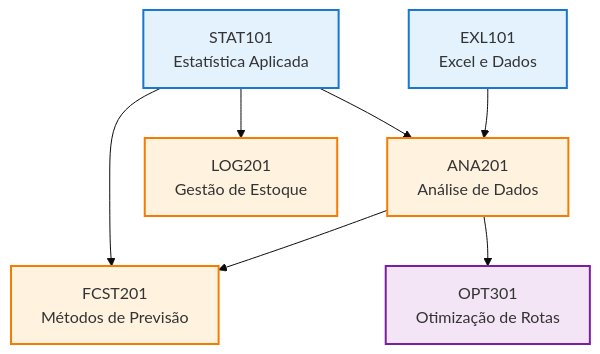
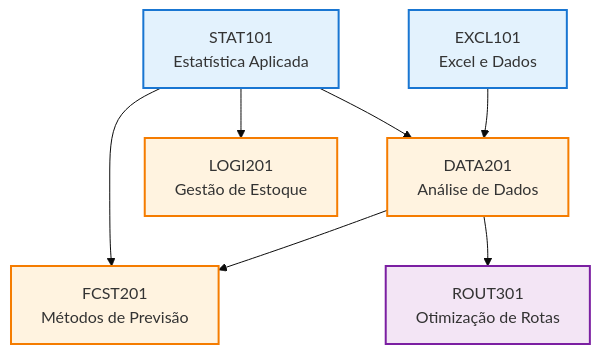
Before and after one commit to IEFA-FAB/iefa-classes: the diagram in content/docs/cpaint/previsao-demanda/index.mdx, drawn with Mermaid (base theme). The commit also changed other lines of this file and 25 other files, not shown here.

````diff
--- a/content/docs/cpaint/previsao-demanda/index.mdx
+++ b/content/docs/cpaint/previsao-demanda/index.mdx
@@ -114,34 +114,34 @@
 ```mermaid
 flowchart TD
     %% Nível 100
-    EXL101["EXL101<br/>Excel e Dados"]
+    EXCL101["EXCL101<br/>Excel e Dados"]
     STAT101["STAT101<br/>Estatística Aplicada"]
     
     %% Nível 200
-    ANA201["ANA201<br/>Análise de Dados"]
-    LOG201["LOG201<br/>Gestão de Estoque"]
+    DATA201["DATA201<br/>Análise de Dados"]
+    LOGI201["LOGI201<br/>Gestão de Estoque"]
     FCST201["FCST201<br/>Métodos de Previsão"]
     
     %% Nível 300
-    OPT301["OPT301<br/>Otimização de Rotas"]
+    ROUT301["ROUT301<br/>Otimização de Rotas"]
     
     %% Pré-requisitos
-    STAT101 --> ANA201
-    EXL101 --> ANA201
+    STAT101 --> DATA201
+    EXCL101 --> DATA201
     
-    STAT101 --> LOG201
+    STAT101 --> LOGI201
     
     STAT101 --> FCST201
-    ANA201 --> FCST201
+    DATA201 --> FCST201
     
-    ANA201 --> OPT301
+    DATA201 --> ROUT301
     
     %% Estilo
     classDef nivel100 fill:#e3f2fd,stroke:#1976d2,stroke-width:2px
     classDef nivel200 fill:#fff3e0,stroke:#f57c00,stroke-width:2px
     classDef nivel300 fill:#f3e5f5,stroke:#7b1fa2,stroke-width:2px
     
-    class EXL101,STAT101 nivel100
-    class ANA201,LOG201,FCST201 nivel200
-    class OPT301 nivel300
+    class EXCL101,STAT101 nivel100
+    class DATA201,LOGI201,FCST201 nivel200
+    class ROUT301 nivel300
 ```
````
